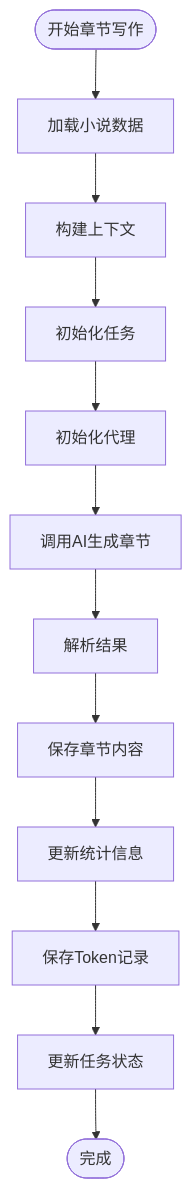
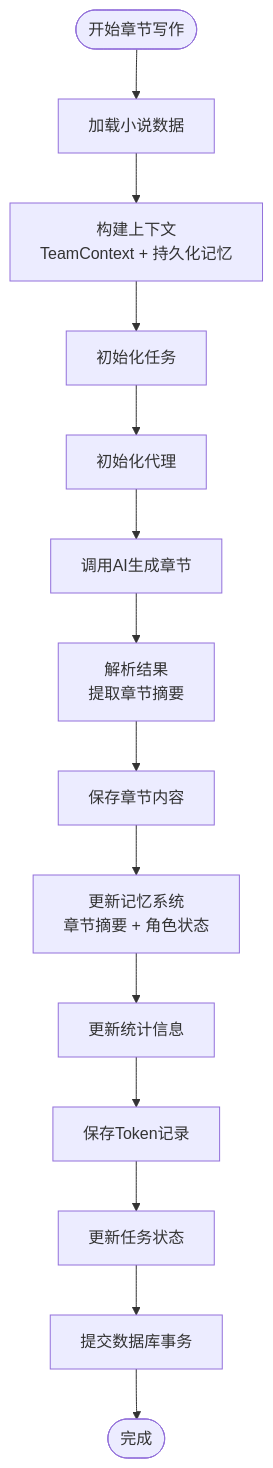
Before and after one commit to xfbyxq/ai-novel-system: the fifth of 10 diagrams in .qoder/repowiki/zh/content/Generation Service.md, drawn with Mermaid. The commit also changed other lines of this file and 10 other files, not shown here.

````diff
--- a/.qoder/repowiki/zh/content/Generation Service.md
+++ b/.qoder/repowiki/zh/content/Generation Service.md
@@ -221,14 +265,16 @@
 ```mermaid
 flowchart TD
 Start([开始章节写作]) --> LoadData["加载小说数据"]
-LoadData --> BuildContext["构建上下文"]
+LoadData --> BuildContext["构建上下文<br/>TeamContext + 持久化记忆"]
 BuildContext --> InitTask["初始化任务"]
 InitTask --> InitAgent["初始化代理"]
 InitAgent --> CallLLM["调用AI生成章节"]
-CallLLM --> ParseResult["解析结果"]
+CallLLM --> ParseResult["解析结果<br/>提取章节摘要"]
 ParseResult --> SaveChapter["保存章节内容"]
-SaveChapter --> UpdateStats["更新统计信息"]
+SaveChapter --> UpdateMemory["更新记忆系统<br/>章节摘要 + 角色状态"]
+UpdateMemory --> UpdateStats["更新统计信息"]
 UpdateStats --> SaveTokens["保存Token记录"]
 SaveTokens --> UpdateTask["更新任务状态"]
-UpdateTask --> End([完成])
+UpdateTask --> CommitTransaction["提交数据库事务"]
+CommitTransaction --> End([完成])
 ```
````
